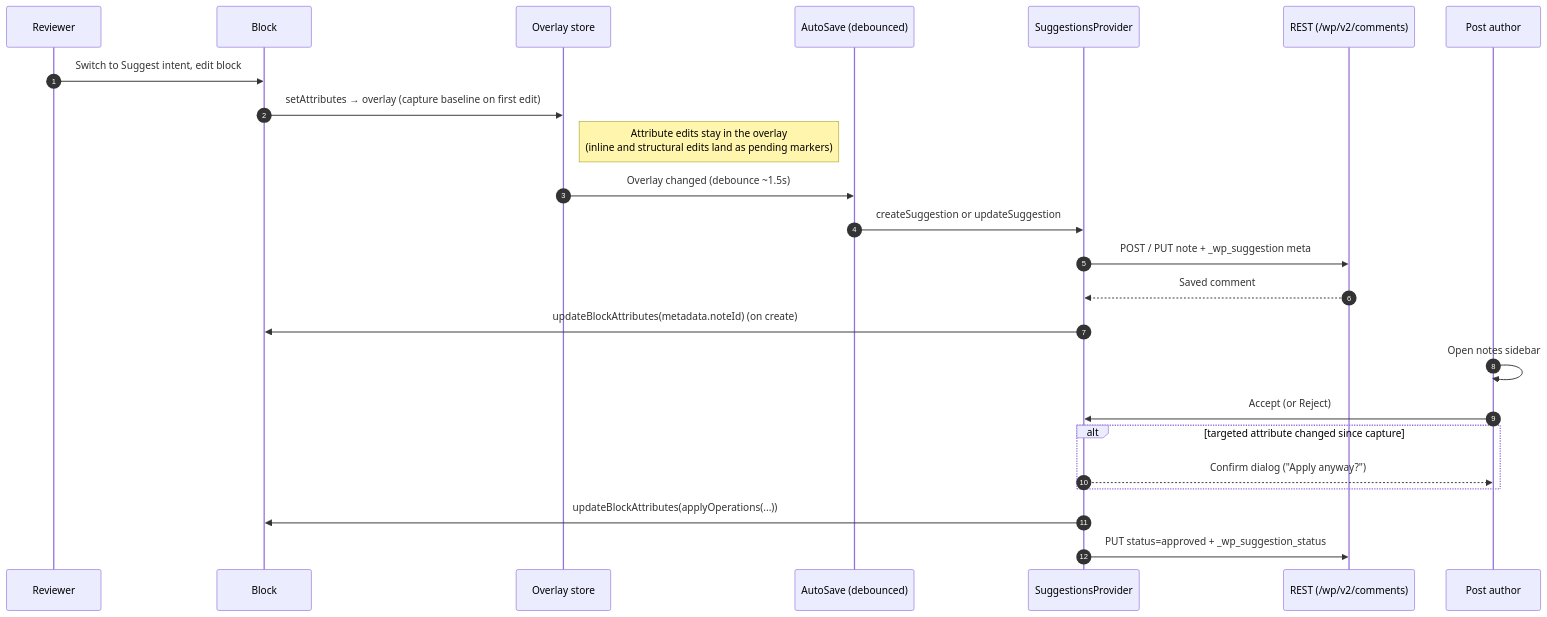
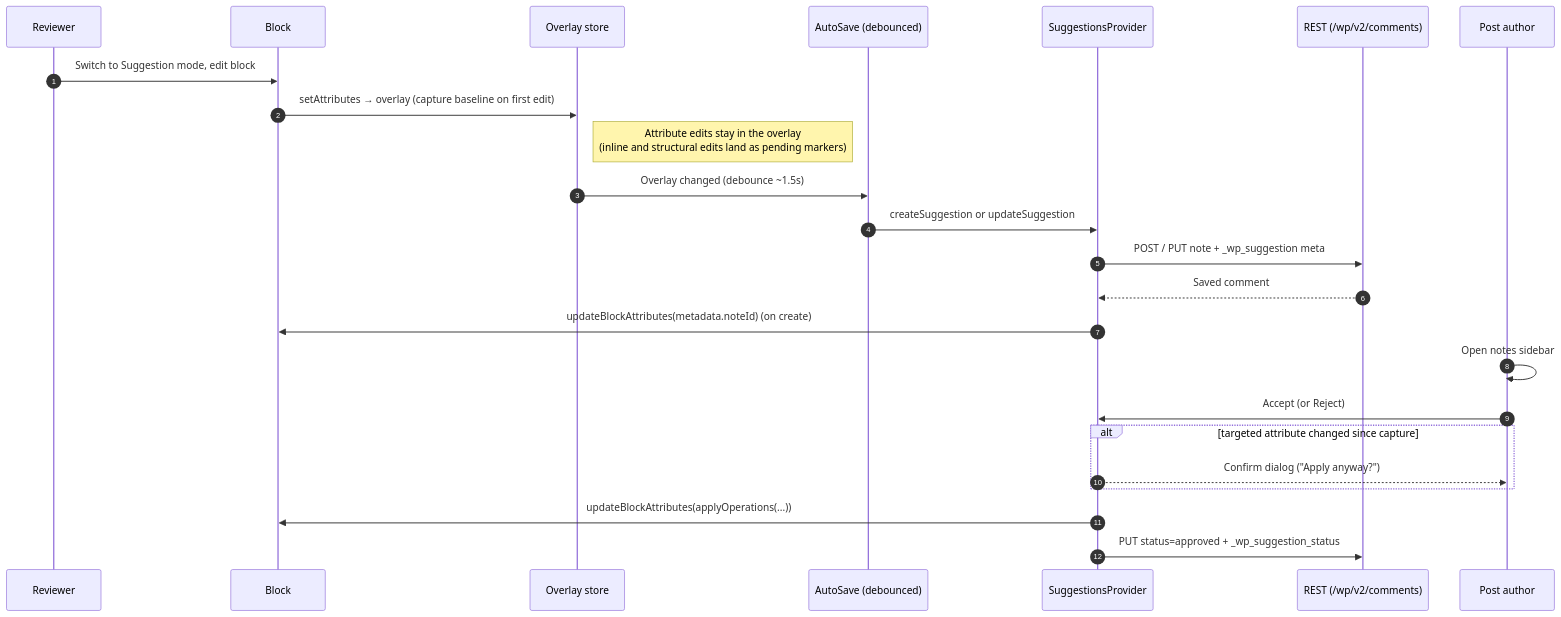
One commit to WordPress/gutenberg changed the diagram in docs/explanations/architecture/suggestions.md. Above: the diagram before and after it, drawn with Mermaid. The commit also changed other lines of this file and 1 other file, not shown here.

First line of the commit message:
Suggest mode: Bring the architecture reference in line with the code

````diff
--- a/docs/explanations/architecture/suggestions.md
+++ b/docs/explanations/architecture/suggestions.md
@@ -16,28 +16,28 @@
 ```mermaid
 sequenceDiagram
     autonumber
     participant U as Reviewer
     participant B as Block
     participant O as Overlay store
     participant AS as AutoSave (debounced)
     participant P as SuggestionsProvider
     participant R as REST (/wp/v2/comments)
     participant A as Post author
 
-    U->>B: Switch to Suggest intent, edit block
+    U->>B: Switch to Suggestion mode, edit block
     B->>O: setAttributes → overlay (capture baseline on first edit)
     Note right of O: Attribute edits stay in the overlay<br/>(inline and structural edits land as pending markers)
     O->>AS: Overlay changed (debounce ~1.5s)
     AS->>P: createSuggestion or updateSuggestion
     P->>R: POST / PUT note + _wp_suggestion meta
     R-->>P: Saved comment
     P->>B: updateBlockAttributes(metadata.noteId) (on create)
 
     A->>A: Open notes sidebar
     A->>P: Accept (or Reject)
     alt targeted attribute changed since capture
         P-->>A: Confirm dialog ("Apply anyway?")
     end
     P->>B: updateBlockAttributes(applyOperations(...))
     P->>R: PUT status=approved + _wp_suggestion_status
 ```
````
